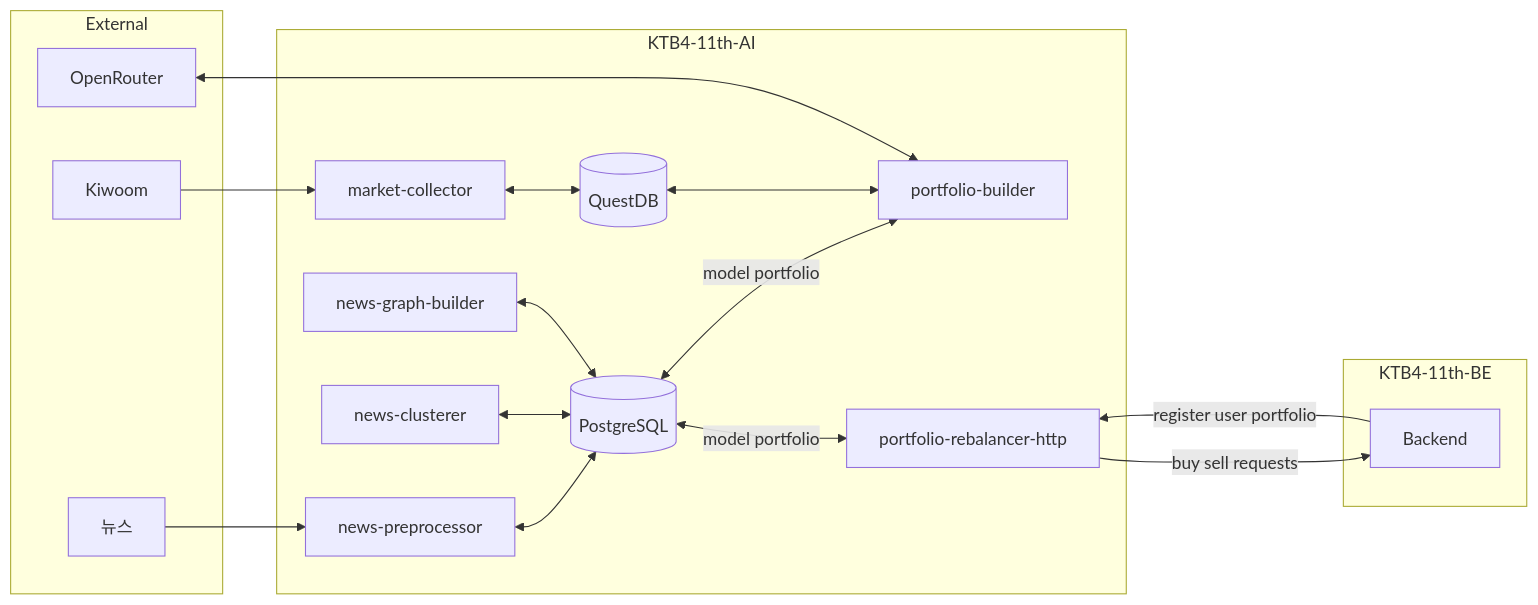
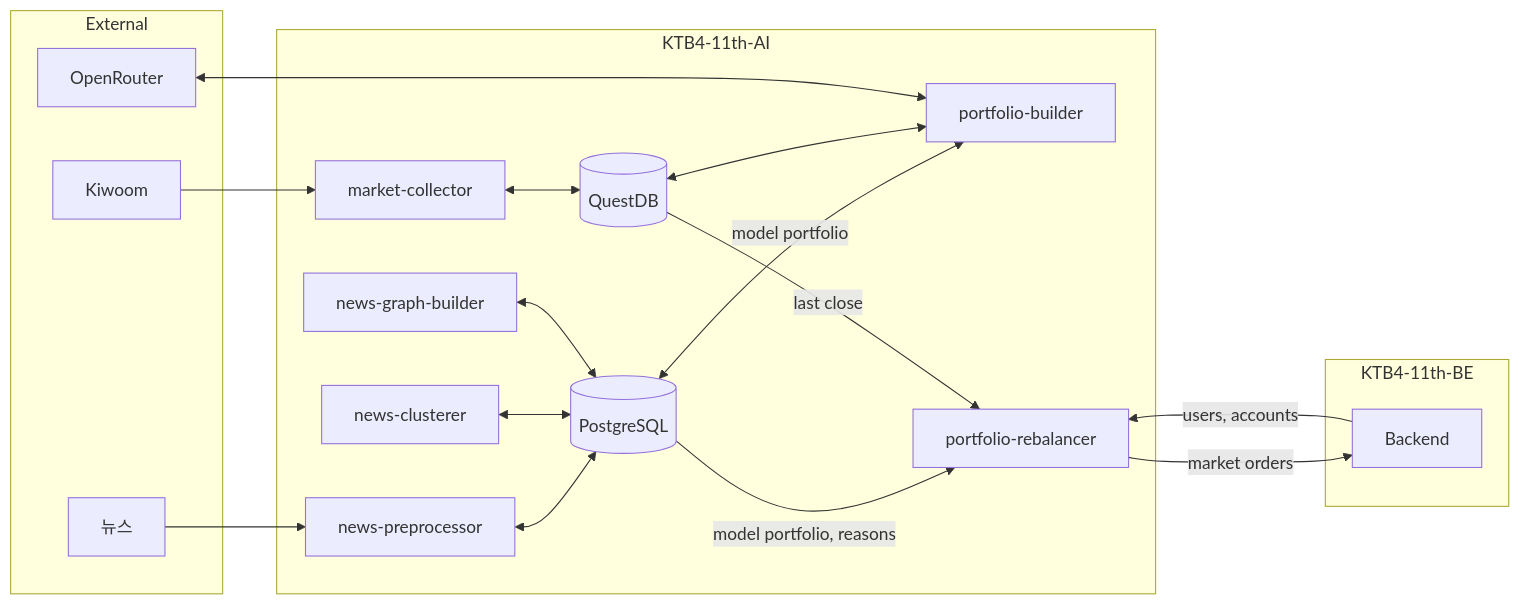
The first of 2 diagrams in README.md (100-hours-a-week/KTB4-11th-AI), drawn with Mermaid before and after one commit. The commit also changed other lines of this file and 5 other files, not shown here.

Commit message:
docs: Document the explained portfolio and the market-order rebalancer

````diff
--- a/README.md
+++ b/README.md
@@ -12,40 +12,41 @@
 ```mermaid
 flowchart LR
     subgraph EXT["External"]
         NEWS["뉴스"]
         KIWOOM["Kiwoom"]
         OPENROUTER["OpenRouter"]
     end
 
     subgraph AI["KTB4-11th-AI"]
         NP["news-preprocessor"]
         NC["news-clusterer"]
         NGB["news-graph-builder"]
         MC["market-collector"]
         PB["portfolio-builder"]
-        PRH["portfolio-rebalancer-http"]
+        PR["portfolio-rebalancer"]
 
         PG[("PostgreSQL")]
         QDB[("QuestDB")]
     end
 
     subgraph BACKEND["KTB4-11th-BE"]
         BE["Backend"]
     end
 
     NEWS --> NP
     NP <--> PG
     NC <--> PG
     NGB <--> PG
 
     KIWOOM --> MC
     MC <--> QDB
 
     PG <-->|model portfolio| PB
     QDB <--> PB
     OPENROUTER <--> PB
 
-    PG <-->|model portfolio| PRH
-    PRH -->|buy sell requests| BE
-	BE -->|register user portfolio| PRH
+    PG -->|model portfolio, reasons| PR
+    QDB -->|last close| PR
+    BE -->|users, accounts| PR
+    PR -->|market orders| BE
 ```
````
